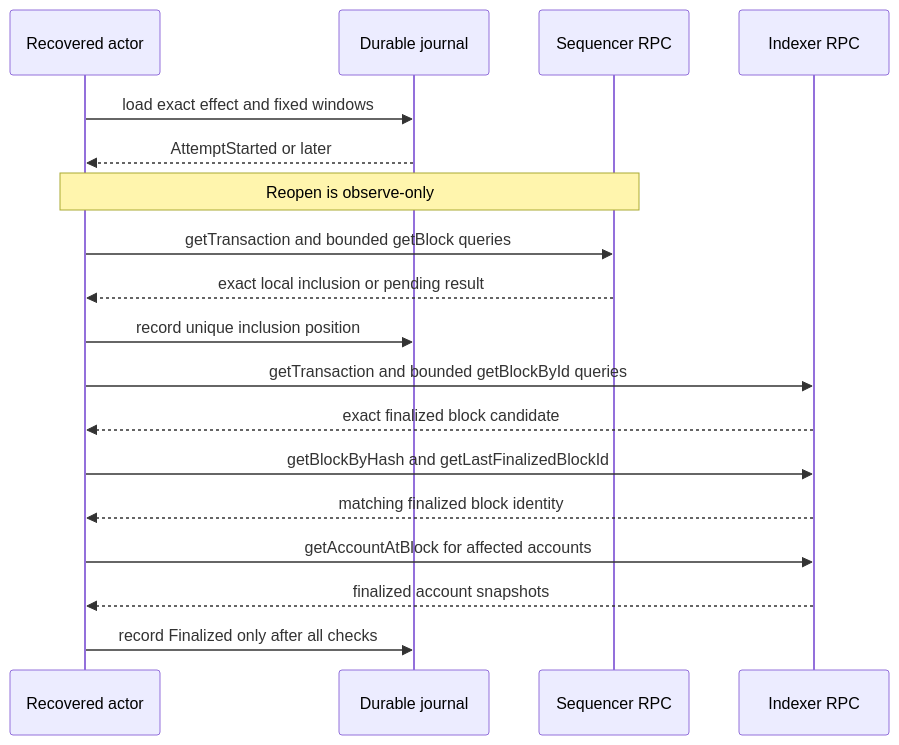
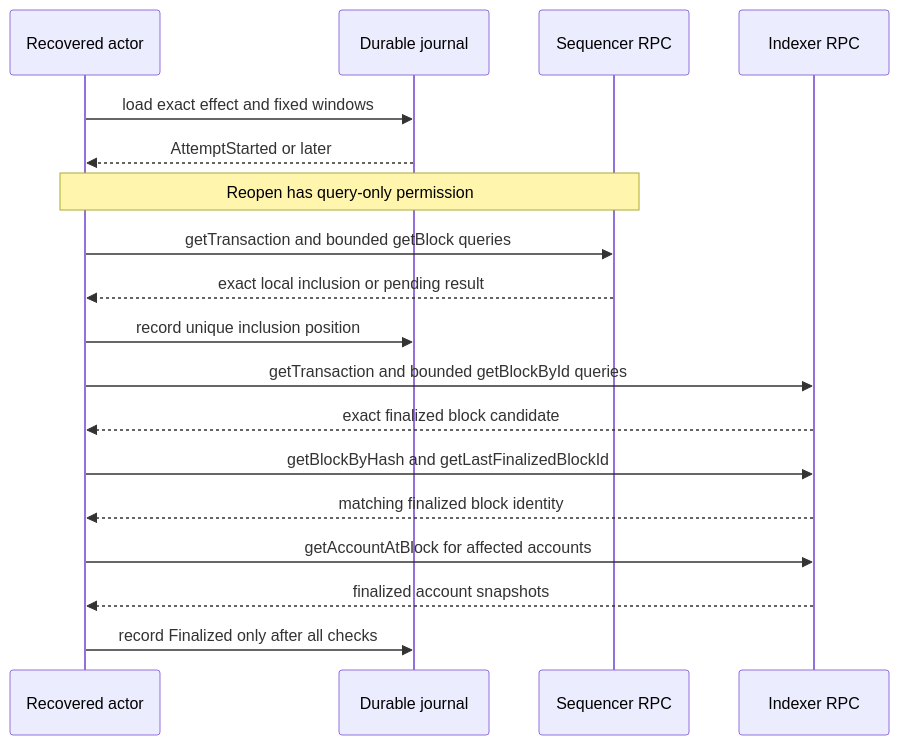
One commit to gateway-fm/lez-atomic-swaps changed the third of 4 diagrams in docs/architecture/0026-lez-v02-at-most-once-submission-and-query-finality.md. Above: the diagram before and after it, drawn with Mermaid. The commit also changed other lines of this file and 16 other files, not shown here.

````diff
--- a/docs/architecture/0026-lez-v02-at-most-once-submission-and-query-finality.md
+++ b/docs/architecture/0026-lez-v02-at-most-once-submission-and-query-finality.md
@@ -219,21 +254,21 @@
 ```mermaid
 sequenceDiagram
     participant R as Recovered actor
     participant J as Durable journal
     participant S as Sequencer RPC
     participant I as Indexer RPC
 
     R->>J: load exact effect and fixed windows
     J-->>R: AttemptStarted or later
-    Note over R,S: Reopen is observe-only
+    Note over R,S: Reopen has query-only permission
     R->>S: getTransaction and bounded getBlock queries
     S-->>R: exact local inclusion or pending result
     R->>J: record unique inclusion position
     R->>I: getTransaction and bounded getBlockById queries
     I-->>R: exact finalized block candidate
     R->>I: getBlockByHash and getLastFinalizedBlockId
     I-->>R: matching finalized block identity
     R->>I: getAccountAtBlock for affected accounts
     I-->>R: finalized account snapshots
     R->>J: record Finalized only after all checks
 ```
````
